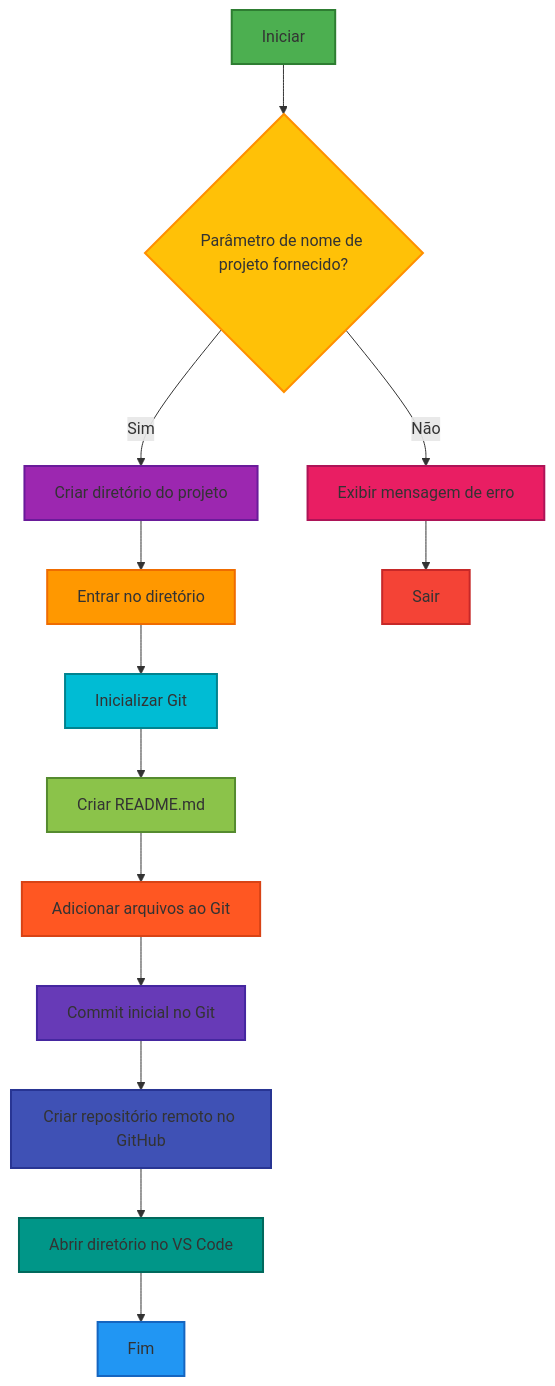
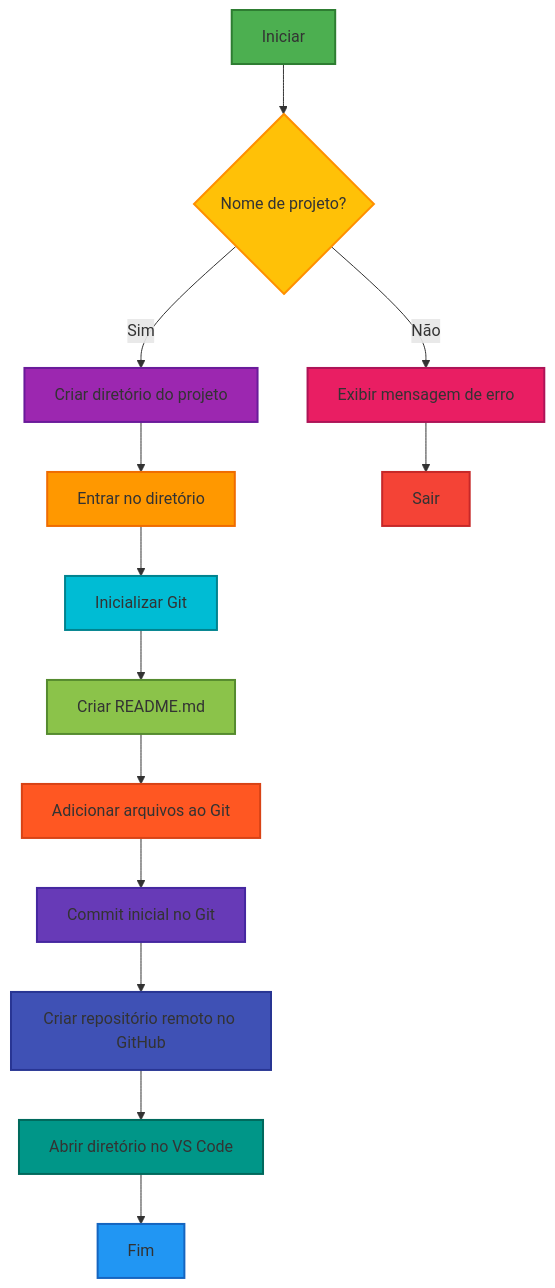
One commit to neaigd/teste changed the diagram in docs/fluxo.md. Above: the diagram before and after it, drawn with Mermaid.

Commit message:
modifica dimensões do  mermaid

````diff
--- a/docs/fluxo.md
+++ b/docs/fluxo.md
@@ -27,30 +27,30 @@
 ```mermaid
 graph TD
-    A[Iniciar] --> B{Parâmetro de nome de projeto fornecido?}
+    A[Iniciar] --> B{Nome de projeto?}
     B -- Sim --> C[Criar diretório do projeto]
     C --> D[Entrar no diretório]
     D --> E[Inicializar Git]
     E --> F[Criar README.md]
     F --> G[Adicionar arquivos ao Git]
     G --> H[Commit inicial no Git]
     H --> I[Criar repositório remoto no GitHub]
     I --> J[Abrir diretório no VS Code]
     J --> K[Fim]
     B -- Não --> L[Exibir mensagem de erro]
     L --> M[Sair]
 
 style A fill:#4CAF50,stroke:#2E7D32,stroke-width:2px
 style M fill:#F44336,stroke:#C62828,stroke-width:2px
 style K fill:#2196F3,stroke:#1565C0,stroke-width:2px
 style B fill:#FFC107,stroke:#FF8F00,stroke-width:2px
 style C fill:#9C27B0,stroke:#6A1B9A,stroke-width:2px
 style D fill:#FF9800,stroke:#EF6C00,stroke-width:2px
 style E fill:#00BCD4,stroke:#00838F,stroke-width:2px
 style F fill:#8BC34A,stroke:#558B2F,stroke-width:2px
 style G fill:#FF5722,stroke:#D84315,stroke-width:2px
 style H fill:#673AB7,stroke:#4527A0,stroke-width:2px
 style I fill:#3F51B5,stroke:#283593,stroke-width:2px
 style J fill:#009688,stroke:#00695C,stroke-width:2px
 style L fill:#E91E63,stroke:#AD1457,stroke-width:2px
 
 ```
````
